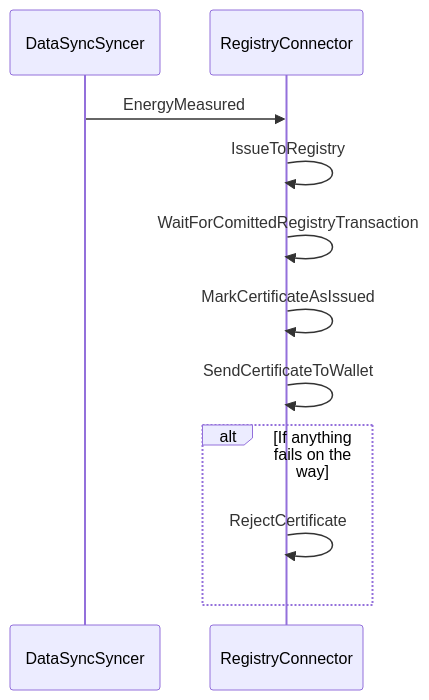
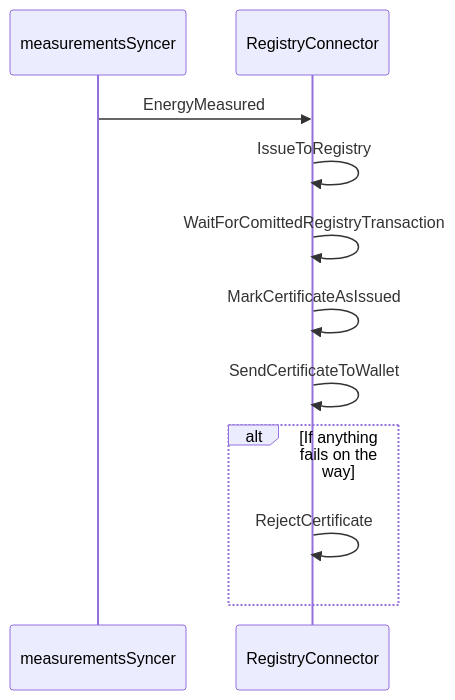
The diagram in doc/architecture/domains/certificates.md (Energinet-DataHub/energy-origin), drawn with Mermaid before and after one commit. The commit also changed other lines of this file and 1 other file, not shown here.

Commit message:
Updated docs according to MeasurementsSyncer

````diff
--- a/doc/architecture/domains/certificates.md
+++ b/doc/architecture/domains/certificates.md
@@ -23,15 +23,15 @@
 ```mermaid
 sequenceDiagram
-    participant dss as DataSyncSyncer
+    participant ms as measurementsSyncer
     participant rc as RegistryConnector
 
-    dss->>rc: EnergyMeasured
+    ms->>rc: EnergyMeasured
     rc->>rc: IssueToRegistry
     rc->>rc: WaitForComittedRegistryTransaction
     rc->>rc: MarkCertificateAsIssued
     rc->>rc: SendCertificateToWallet
 
     alt If anything fails on the way
         rc->>rc: RejectCertificate
     end
 ```
````
